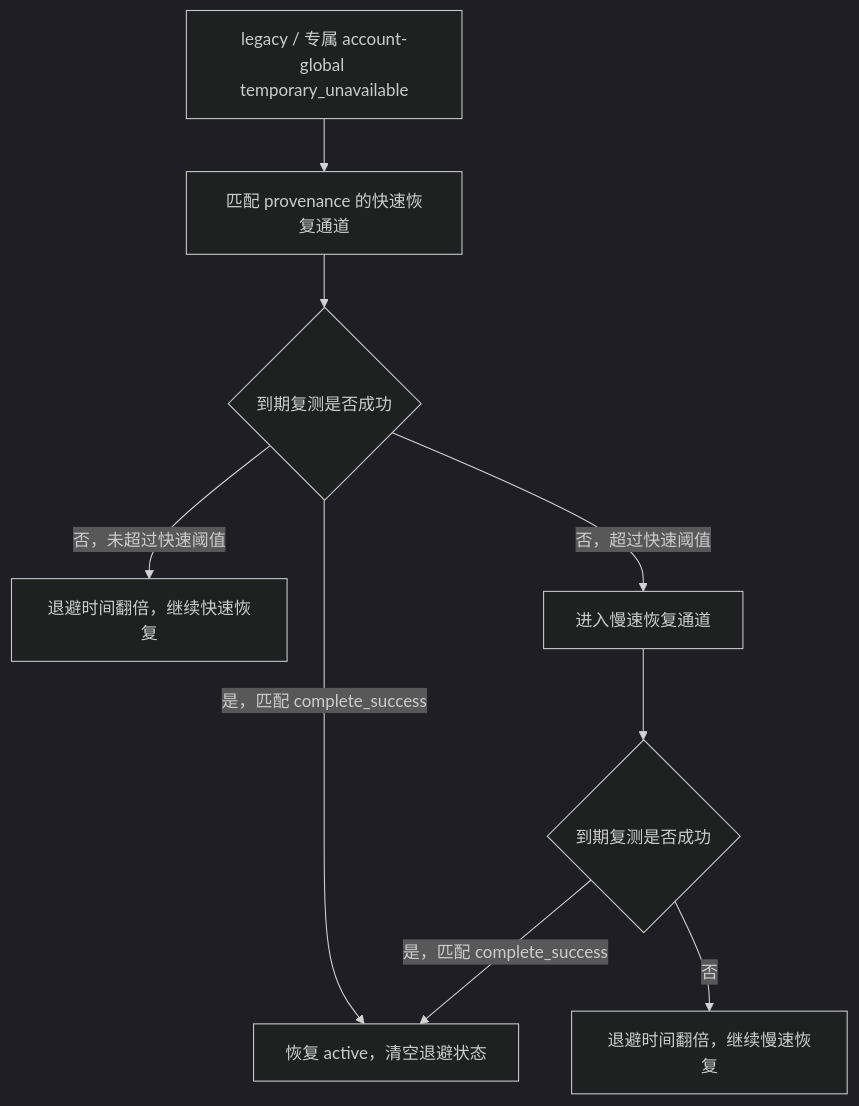
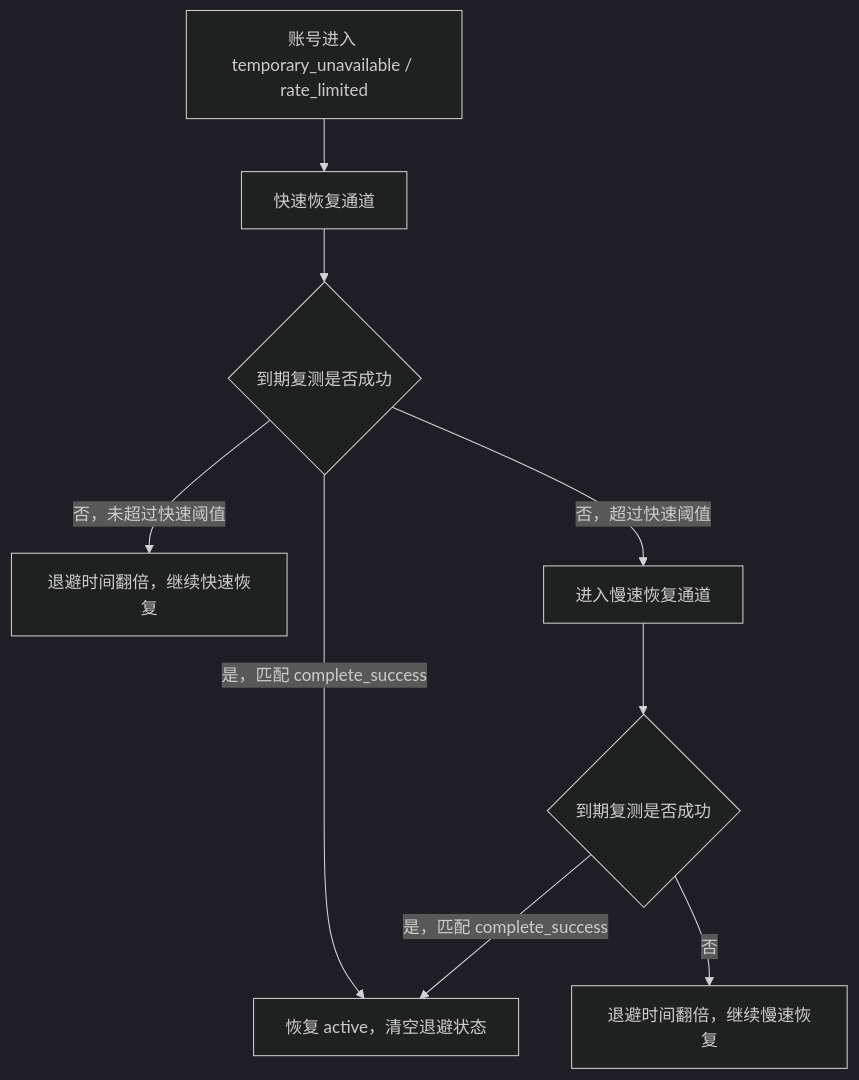
One commit to huanmin123/juhe-ai changed the third of 3 diagrams in docs/functions/网关异常重试与兜底策略.md. Above: the diagram before and after it, drawn with Mermaid (dark theme). The commit also changed other lines of this file and 153 other files, not shown here.

````diff
--- a/docs/functions/网关异常重试与兜底策略.md
+++ b/docs/functions/网关异常重试与兜底策略.md
@@ -262,11 +261,11 @@
 ```mermaid
 flowchart TD
-  A["legacy / 专属 account-global temporary_unavailable"] --> B["匹配 provenance 的快速恢复通道"]
+  A["账号进入 temporary_unavailable / rate_limited"] --> B["快速恢复通道"]
   B --> C{"到期复测是否成功"}
   C -- "是，匹配 complete_success" --> D["恢复 active，清空退避状态"]
   C -- "否，未超过快速阈值" --> E["退避时间翻倍，继续快速恢复"]
   C -- "否，超过快速阈值" --> F["进入慢速恢复通道"]
   F --> G{"到期复测是否成功"}
   G -- "是，匹配 complete_success" --> D
   G -- "否" --> H["退避时间翻倍，继续慢速恢复"]
 ```
````
